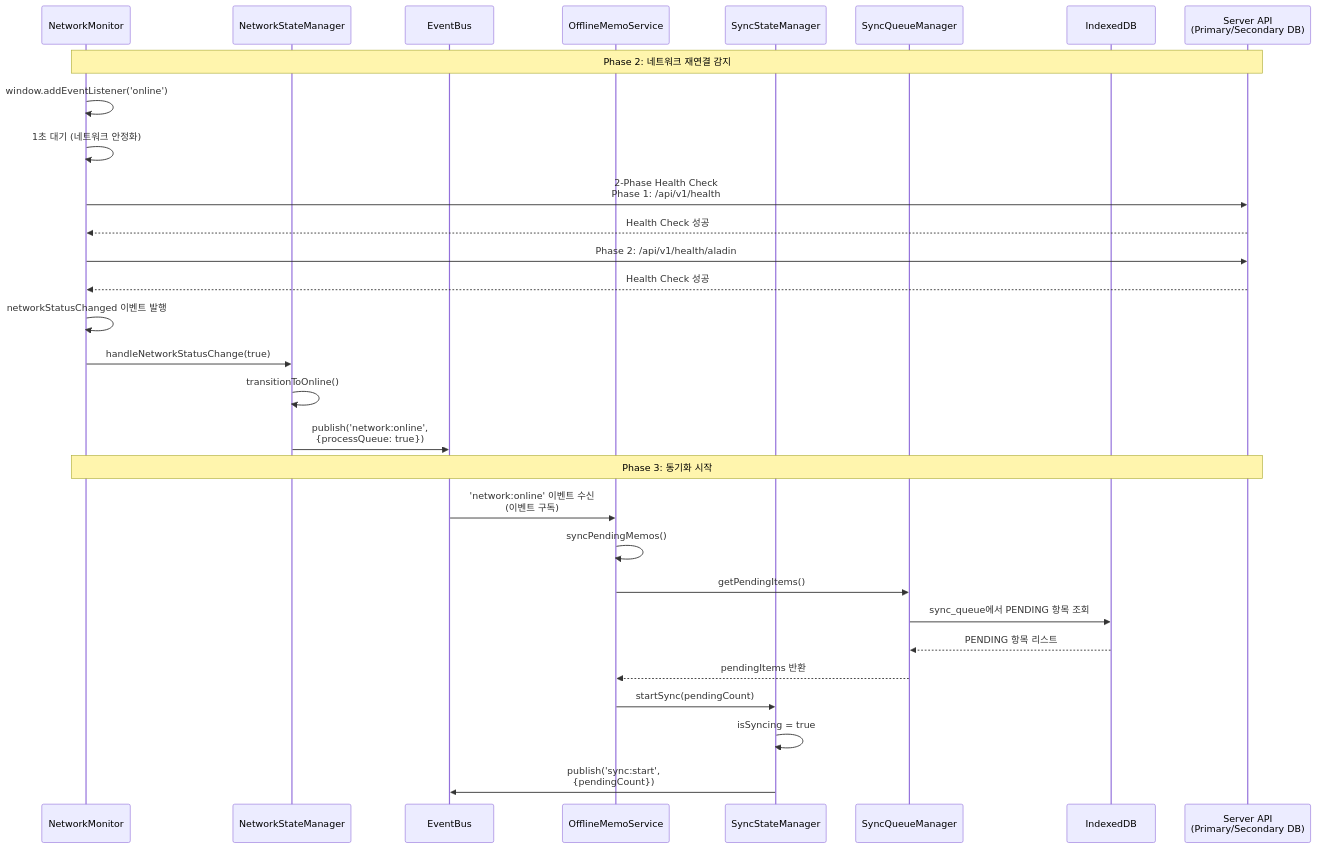
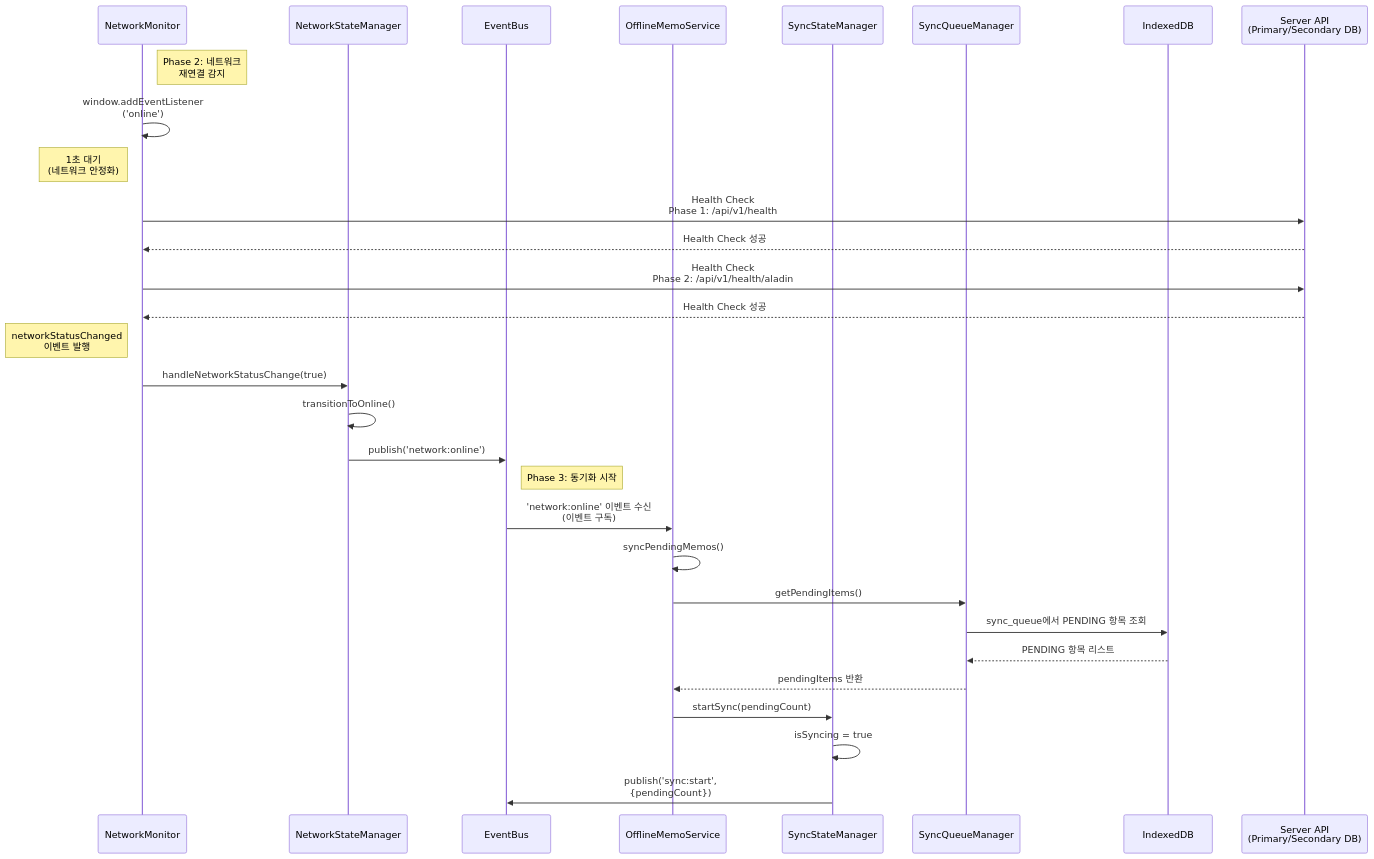
Before and after one commit to Park-Yena00/Reading_tracker: the second of 5 diagrams in docs/architecture/SCENARIO1_RUNTIME_VIEW.md, drawn with Mermaid. The commit also changed other lines of this file and 2 other files, not shown here.

First line of the commit message:
docs: 다이어그램 선과 주석 겹침 문제 수정

````diff
--- a/docs/architecture/SCENARIO1_RUNTIME_VIEW.md
+++ b/docs/architecture/SCENARIO1_RUNTIME_VIEW.md
@@ -62,35 +61,35 @@
 ```mermaid
 sequenceDiagram
     participant NetworkMonitor as NetworkMonitor
     participant NetworkStateMgr as NetworkStateManager
     participant EventBus as EventBus
     participant OfflineService as OfflineMemoService
     participant SyncStateMgr as SyncStateManager
     participant SyncQueueMgr as SyncQueueManager
     participant IndexedDB as IndexedDB
     participant ServerAPI as Server API<br/>(Primary/Secondary DB)
 
-    Note over NetworkMonitor,ServerAPI: Phase 2: 네트워크 재연결 감지
-    NetworkMonitor->>NetworkMonitor: window.addEventListener('online')
-    NetworkMonitor->>NetworkMonitor: 1초 대기 (네트워크 안정화)
-    NetworkMonitor->>ServerAPI: 2-Phase Health Check<br/>Phase 1: /api/v1/health
+    Note right of NetworkMonitor: Phase 2: 네트워크<br/>재연결 감지
+    NetworkMonitor->>NetworkMonitor: window.addEventListener<br/>('online')
+    Note left of NetworkMonitor: 1초 대기<br/>(네트워크 안정화)
+    NetworkMonitor->>ServerAPI: Health Check<br/>Phase 1: /api/v1/health
     ServerAPI-->>NetworkMonitor: Health Check 성공
-    NetworkMonitor->>ServerAPI: Phase 2: /api/v1/health/aladin
+    NetworkMonitor->>ServerAPI: Health Check<br/>Phase 2: /api/v1/health/aladin
     ServerAPI-->>NetworkMonitor: Health Check 성공
-    NetworkMonitor->>NetworkMonitor: networkStatusChanged 이벤트 발행
+    Note left of NetworkMonitor: networkStatusChanged<br/>이벤트 발행
     NetworkMonitor->>NetworkStateMgr: handleNetworkStatusChange(true)
     NetworkStateMgr->>NetworkStateMgr: transitionToOnline()
-    NetworkStateMgr->>EventBus: publish('network:online',<br/>{processQueue: true})
+    NetworkStateMgr->>EventBus: publish('network:online')
     
-    Note over NetworkMonitor,ServerAPI: Phase 3: 동기화 시작
+    Note right of EventBus: Phase 3: 동기화 시작
     EventBus->>OfflineService: 'network:online' 이벤트 수신<br/>(이벤트 구독)
     OfflineService->>OfflineService: syncPendingMemos()
     OfflineService->>SyncQueueMgr: getPendingItems()
     SyncQueueMgr->>IndexedDB: sync_queue에서 PENDING 항목 조회
     IndexedDB-->>SyncQueueMgr: PENDING 항목 리스트
     SyncQueueMgr-->>OfflineService: pendingItems 반환
     
     OfflineService->>SyncStateMgr: startSync(pendingCount)
     SyncStateMgr->>SyncStateMgr: isSyncing = true
     SyncStateMgr->>EventBus: publish('sync:start',<br/>{pendingCount})
 ```
````
